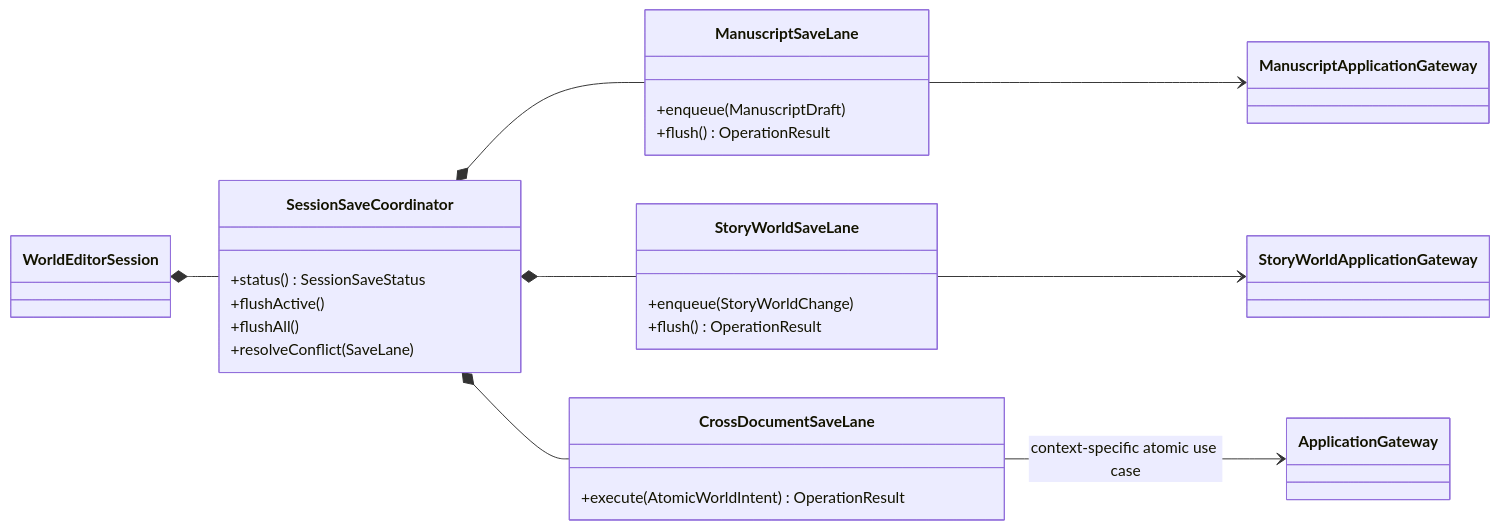
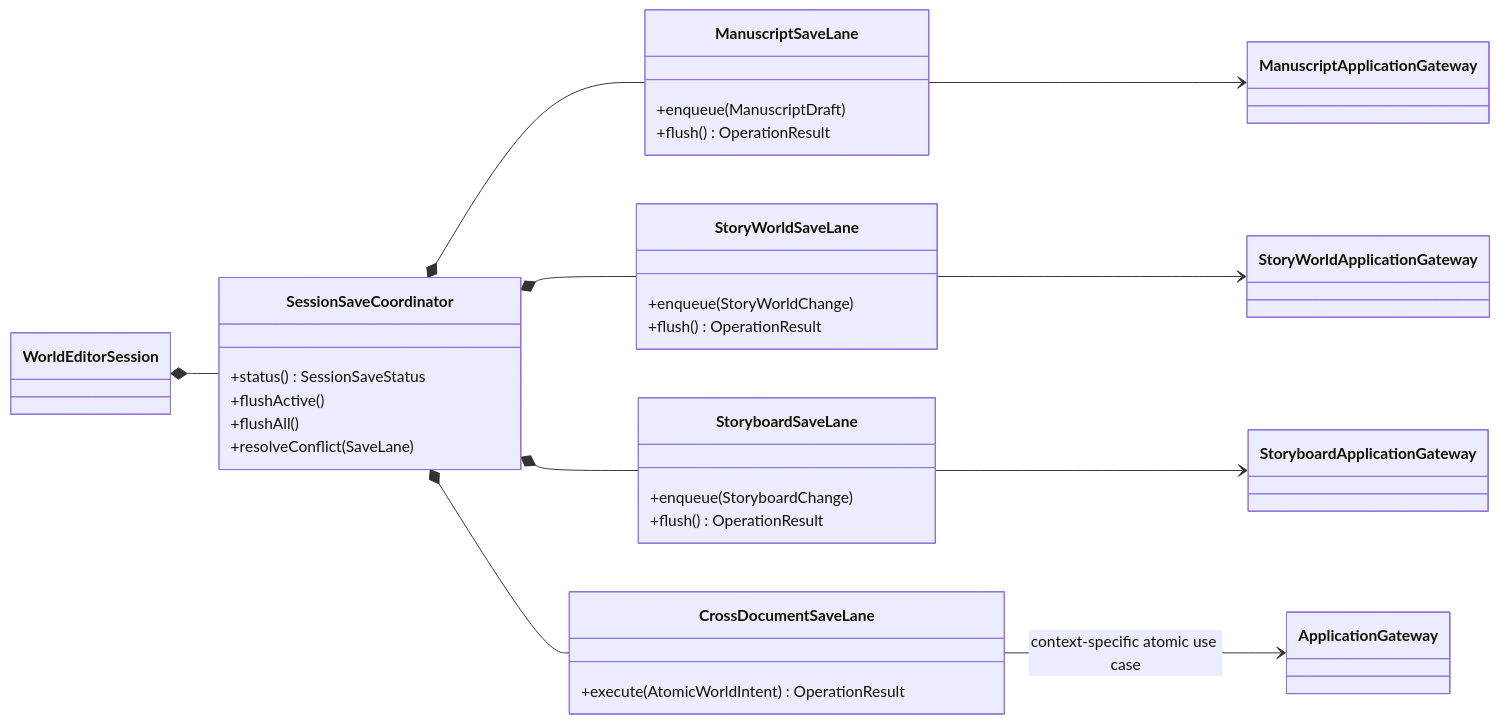
Before and after one commit to Tim3399/quiltor: the fifth of 10 diagrams in docs/architecture/views/client-runtime.md, drawn with Mermaid. The commit also changed other lines of this file and 280 other files, not shown here.

Commit message:
feat: add storyboard planning and shared graph editing

````diff
--- a/docs/architecture/views/client-runtime.md
+++ b/docs/architecture/views/client-runtime.md
@@ -393,39 +418,47 @@
 ```mermaid
 classDiagram
 direction LR
 
 class WorldEditorSession
 
 class SessionSaveCoordinator {
   +status() SessionSaveStatus
   +flushActive()
   +flushAll()
   +resolveConflict(SaveLane)
 }
 
 class ManuscriptSaveLane {
   +enqueue(ManuscriptDraft)
   +flush() OperationResult
 }
 
 class StoryWorldSaveLane {
   +enqueue(StoryWorldChange)
   +flush() OperationResult
 }
 
+class StoryboardSaveLane {
+  +enqueue(StoryboardChange)
+  +flush() OperationResult
+}
+
 class CrossDocumentSaveLane {
   +execute(AtomicWorldIntent) OperationResult
 }
 
 class ManuscriptApplicationGateway
 class StoryWorldApplicationGateway
+class StoryboardApplicationGateway
 class ApplicationGateway
 
 WorldEditorSession *-- SessionSaveCoordinator
 SessionSaveCoordinator *-- ManuscriptSaveLane
 SessionSaveCoordinator *-- StoryWorldSaveLane
+SessionSaveCoordinator *-- StoryboardSaveLane
 SessionSaveCoordinator *-- CrossDocumentSaveLane
 ManuscriptSaveLane --> ManuscriptApplicationGateway
 StoryWorldSaveLane --> StoryWorldApplicationGateway
+StoryboardSaveLane --> StoryboardApplicationGateway
 CrossDocumentSaveLane --> ApplicationGateway : context-specific atomic use case
 ```
````
